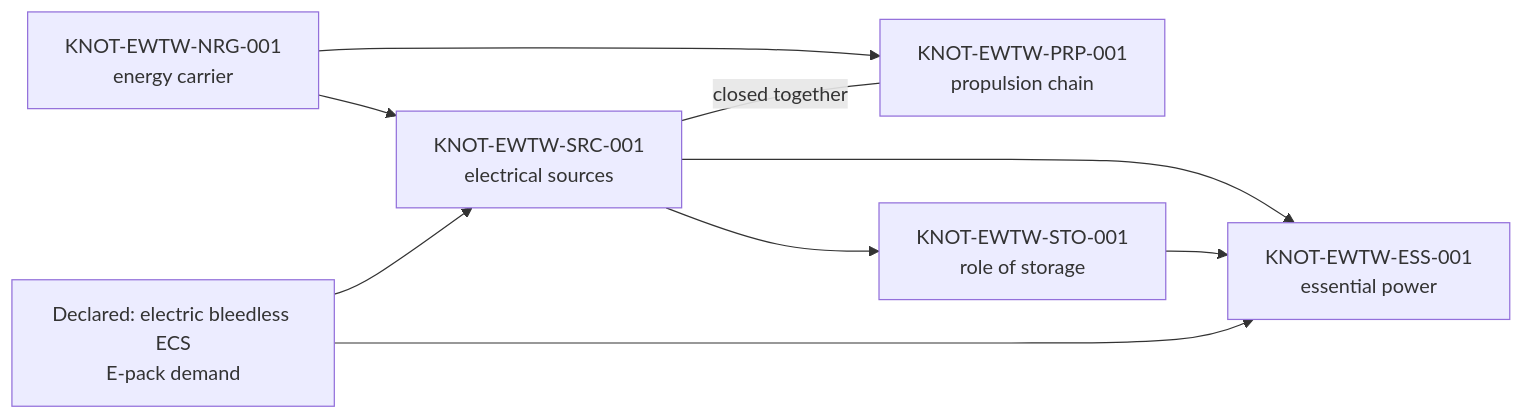
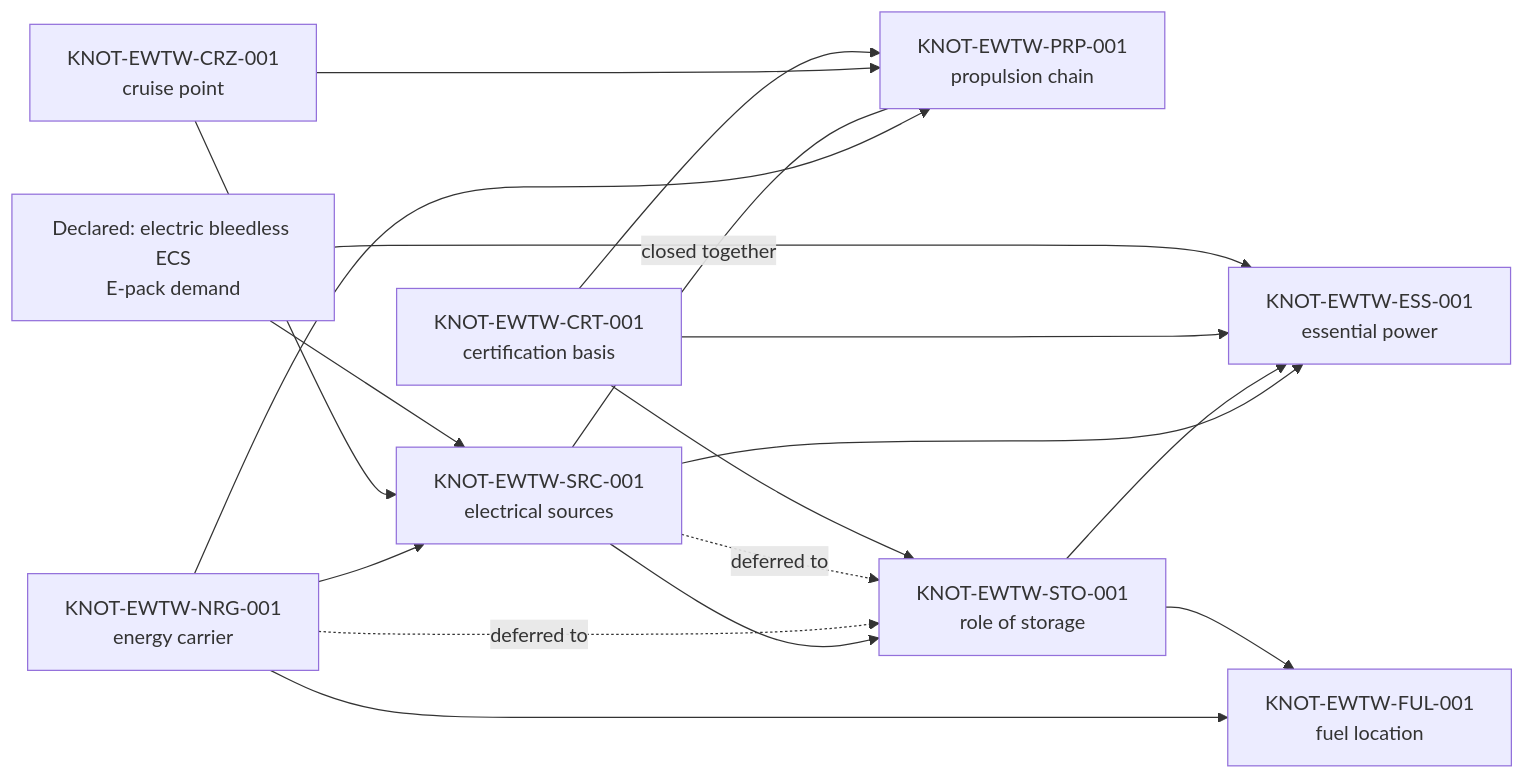
One commit to AmedeoPelliccia/Q-plus-A changed the diagram in 01_OPTIONS_ARCHITECTURE/01-02_PROGRAMMES/01-02-01_AMPEL360/01-02-01-01_MODELS/01-02-01-01-01_eWTW/README.md. Above: the diagram before and after it, drawn with Mermaid. The commit also changed other lines of this file and 23 other files, not shown here.

````diff
--- a/01_OPTIONS_ARCHITECTURE/01-02_PROGRAMMES/01-02-01_AMPEL360/01-02-01-01_MODELS/01-02-01-01-01_eWTW/README.md
+++ b/01_OPTIONS_ARCHITECTURE/01-02_PROGRAMMES/01-02-01_AMPEL360/01-02-01-01_MODELS/01-02-01-01-01_eWTW/README.md
@@ -155,17 +160,29 @@
 ```mermaid
 flowchart LR
   EP["Declared: electric bleedless ECS<br/>E-pack demand"]
   NRG["KNOT-EWTW-NRG-001<br/>energy carrier"]
   SRC["KNOT-EWTW-SRC-001<br/>electrical sources"]
   PRP["KNOT-EWTW-PRP-001<br/>propulsion chain"]
   STO["KNOT-EWTW-STO-001<br/>role of storage"]
   ESS["KNOT-EWTW-ESS-001<br/>essential power"]
+  CRZ["KNOT-EWTW-CRZ-001<br/>cruise point"]
+  CRT["KNOT-EWTW-CRT-001<br/>certification basis"]
+  FUL["KNOT-EWTW-FUL-001<br/>fuel location"]
   NRG --> SRC
   NRG --> PRP
   SRC ---|"closed together"| PRP
   SRC --> STO
   SRC --> ESS
   STO --> ESS
+  NRG -.->|"deferred to"| STO
+  SRC -.->|"deferred to"| STO
+  CRZ --> PRP
+  CRZ --> SRC
+  CRT --> PRP
+  CRT --> STO
+  CRT --> ESS
+  NRG --> FUL
+  STO --> FUL
   EP --> SRC
   EP --> ESS
 ```
````
